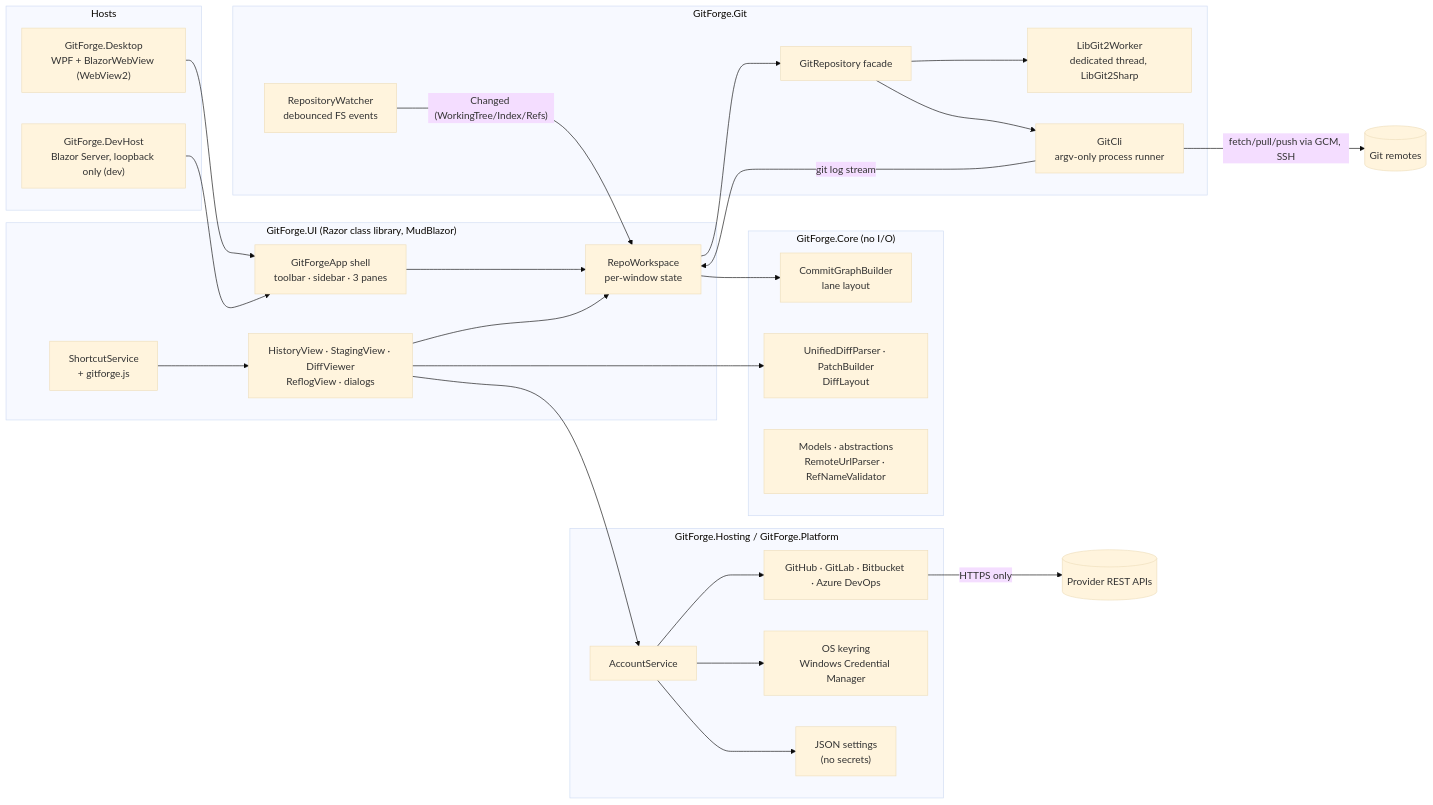
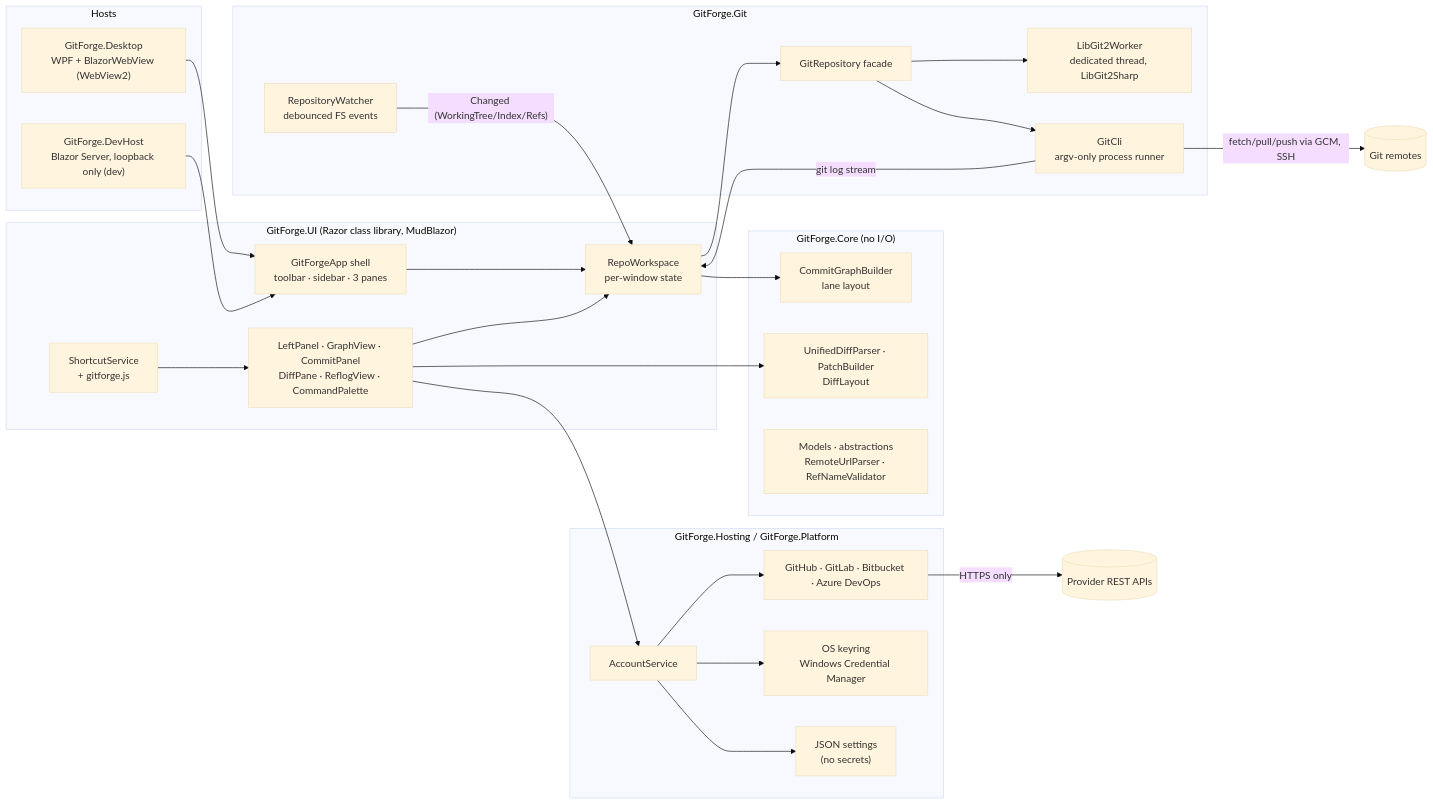
The diagram in docs/ARCHITECTURE.md (finepointcgi/GitForge), drawn with Mermaid (base theme) before and after one commit. The commit also changed other lines of this file and 41 other files, not shown here.

````diff
--- a/docs/ARCHITECTURE.md
+++ b/docs/ARCHITECTURE.md
@@ -9,53 +9,53 @@
 ```mermaid
 flowchart LR
     subgraph Hosts
         WPF["GitForge.Desktop<br/>WPF + BlazorWebView (WebView2)"]
         DEV["GitForge.DevHost<br/>Blazor Server, loopback only (dev)"]
     end
 
     subgraph UI["GitForge.UI (Razor class library, MudBlazor)"]
         Shell["GitForgeApp shell<br/>toolbar · sidebar · 3 panes"]
         WS["RepoWorkspace<br/>per-window state"]
         KB["ShortcutService<br/>+ gitforge.js"]
-        Views["HistoryView · StagingView · DiffViewer<br/>ReflogView · dialogs"]
+        Views["LeftPanel · GraphView · CommitPanel<br/>DiffPane · ReflogView · CommandPalette"]
     end
 
     subgraph Core["GitForge.Core (no I/O)"]
         Graph["CommitGraphBuilder<br/>lane layout"]
         Diff["UnifiedDiffParser · PatchBuilder<br/>DiffLayout"]
         Models["Models · abstractions<br/>RemoteUrlParser · RefNameValidator"]
     end
 
     subgraph Git["GitForge.Git"]
         Repo["GitRepository facade"]
         Lib["LibGit2Worker<br/>dedicated thread, LibGit2Sharp"]
         Cli["GitCli<br/>argv-only process runner"]
         Watch["RepositoryWatcher<br/>debounced FS events"]
     end
 
     subgraph Ext["GitForge.Hosting / GitForge.Platform"]
         Acc["AccountService"]
         Prov["GitHub · GitLab · Bitbucket · Azure DevOps"]
         Keyring["OS keyring<br/>Windows Credential Manager"]
         Settings["JSON settings<br/>(no secrets)"]
     end
 
     WPF --> Shell
     DEV --> Shell
     Shell --> WS
     KB --> Views
     Views --> WS
     WS --> Repo
     WS --> Graph
     Views --> Diff
     Repo --> Lib
     Repo --> Cli
     Watch -- "Changed (WorkingTree/Index/Refs)" --> WS
     Cli -- "git log stream" --> WS
     Views --> Acc
     Acc --> Prov
     Acc --> Keyring
     Acc --> Settings
     Prov -- HTTPS only --> API[("Provider REST APIs")]
     Cli -- "fetch/pull/push via GCM, SSH" --> Remote[("Git remotes")]
 ```
````
